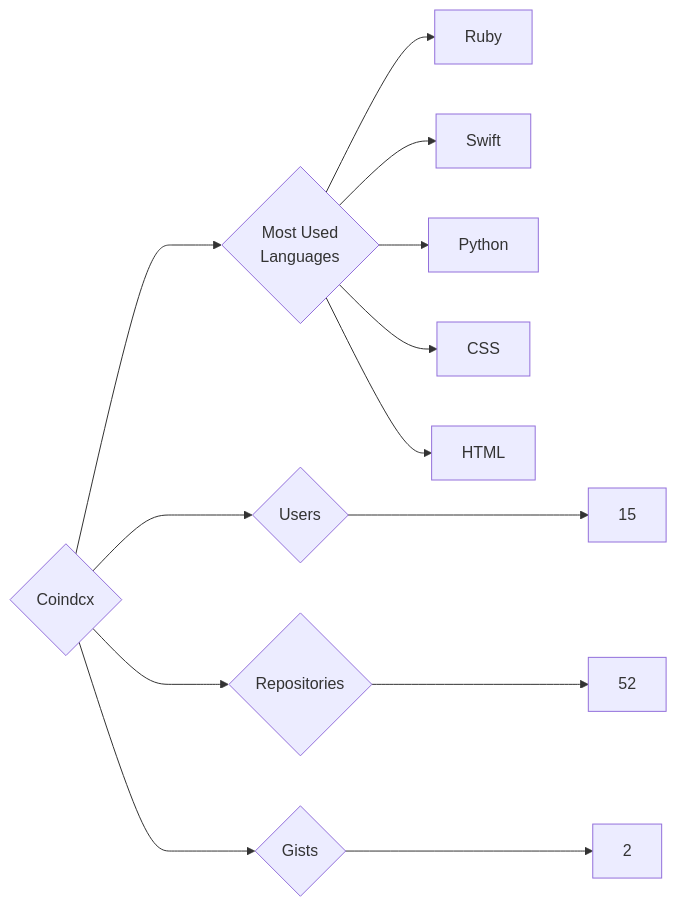
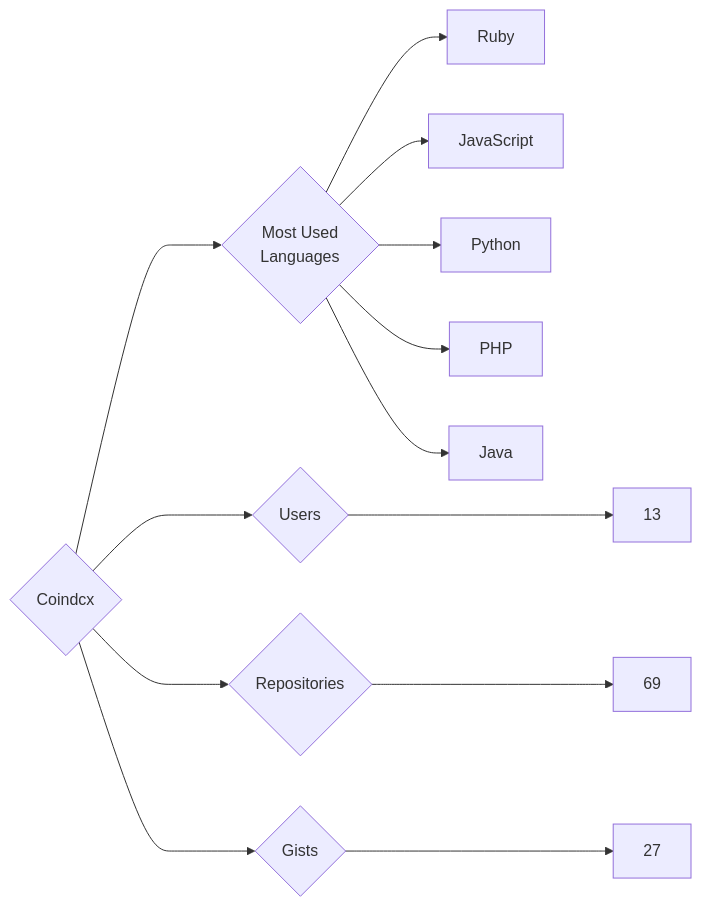
The diagram in targets/Coindcx/README.md (trickest/insiders), drawn with Mermaid before and after one commit. The commit also changed 720 other files, not shown here.

````diff
--- a/targets/Coindcx/README.md
+++ b/targets/Coindcx/README.md
@@ -3,13 +3,13 @@
 ```mermaid
 graph LR
 COMPANY_NAME{Coindcx}
-COMPANY_NAME ---> U{Users} ---> UN[15]
-COMPANY_NAME ---> R{Repositories} ---> RN[52]
-COMPANY_NAME ---> G{Gists} ---> GN[2]
+COMPANY_NAME ---> U{Users} ---> UN[13]
+COMPANY_NAME ---> R{Repositories} ---> RN[69]
+COMPANY_NAME ---> G{Gists} ---> GN[27]
 COMPANY_NAME ---> ML{Most Used<br>Languages}
 ML --> Ruby[Ruby]
-ML --> Swift[Swift]
+ML --> JavaScript[JavaScript]
 ML --> Python[Python]
-ML --> CSS[CSS]
-ML --> HTML[HTML]
+ML --> PHP[PHP]
+ML --> Java[Java]
 ```
````
